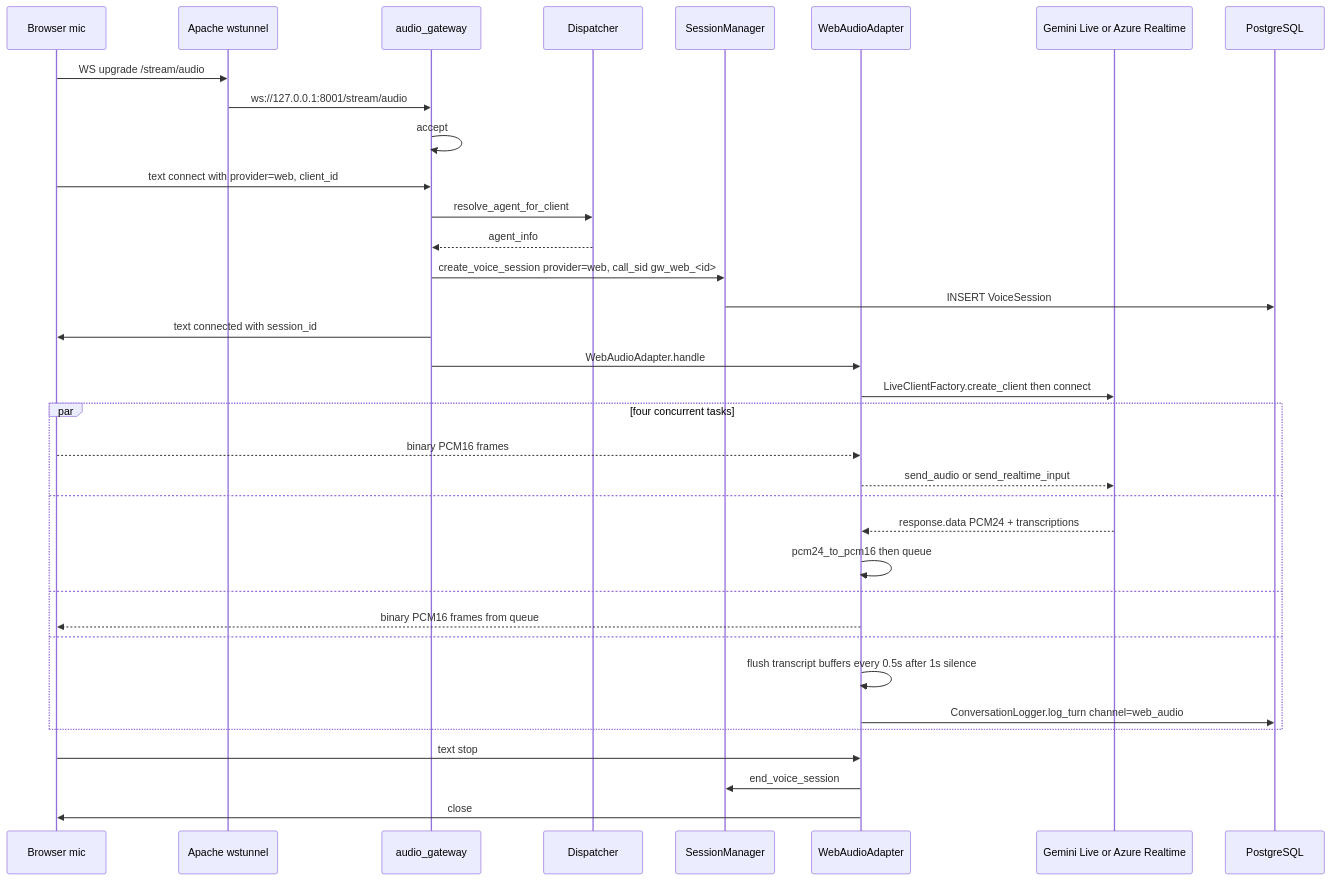
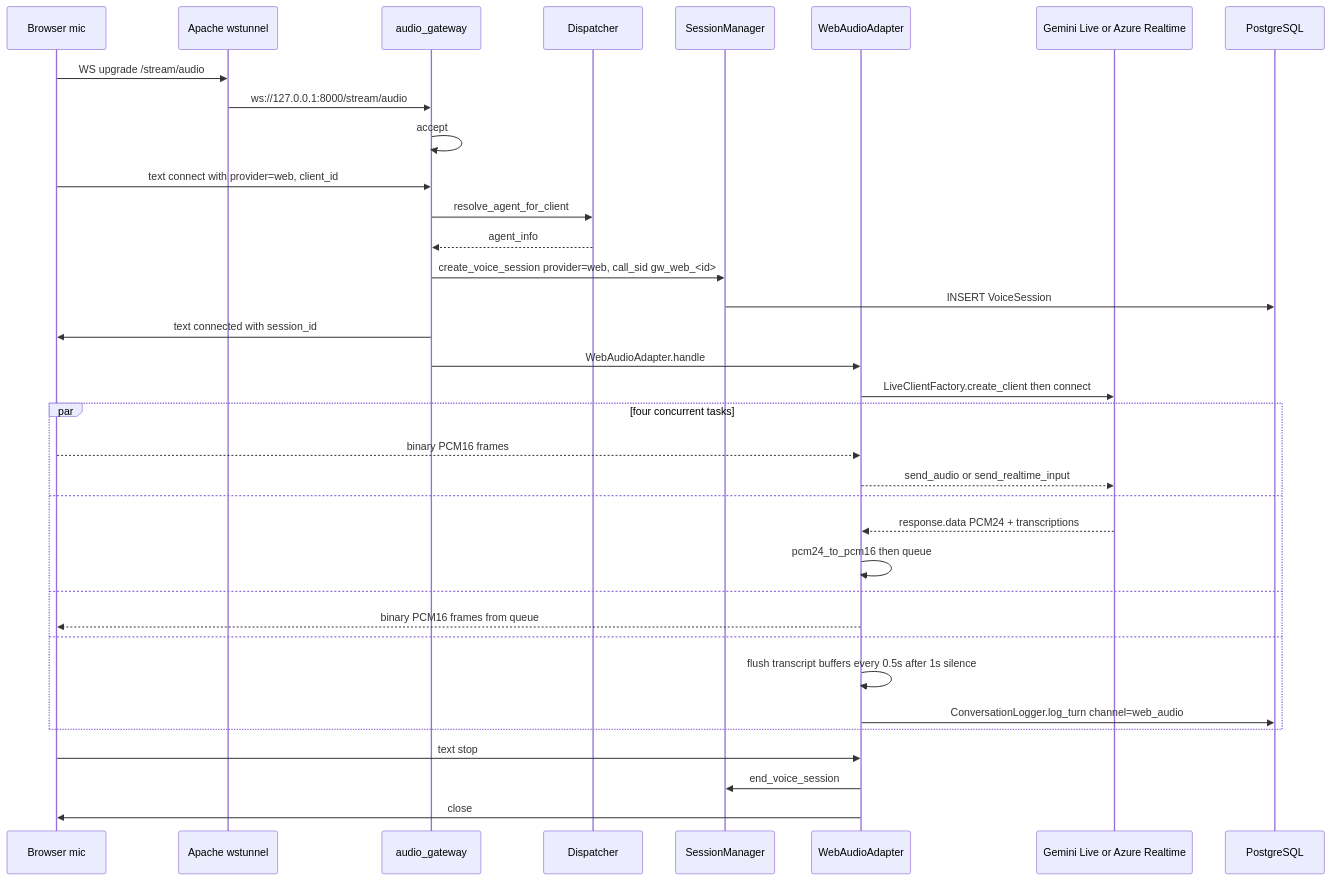
One commit to gondolerahul/hire-buddha-app changed diagram 12 of 22 in docs/current/13-gateway-and-realtime.md. Above: the diagram before and after it, drawn with Mermaid. The commit also changed other lines of this file and 61 other files, not shown here.

````diff
--- a/docs/current/13-gateway-and-realtime.md
+++ b/docs/current/13-gateway-and-realtime.md
@@ -1107,40 +839,40 @@
 ```mermaid
 sequenceDiagram
     participant BR as Browser mic
     participant AP as Apache wstunnel
     participant AG as audio_gateway
     participant D as Dispatcher
     participant SM as SessionManager
     participant WA as WebAudioAdapter
     participant AI as Gemini Live or Azure Realtime
     participant PG as PostgreSQL
 
     BR->>AP: WS upgrade /stream/audio
-    AP->>AG: ws://127.0.0.1:8001/stream/audio
+    AP->>AG: ws://127.0.0.1:8000/stream/audio
     AG->>AG: accept
     BR->>AG: text connect with provider=web, client_id
     AG->>D: resolve_agent_for_client
     D-->>AG: agent_info
     AG->>SM: create_voice_session provider=web, call_sid gw_web_<id>
     SM->>PG: INSERT VoiceSession
     AG->>BR: text connected with session_id
     AG->>WA: WebAudioAdapter.handle
 
     WA->>AI: LiveClientFactory.create_client then connect
     par four concurrent tasks
         BR-->>WA: binary PCM16 frames
         WA-->>AI: send_audio or send_realtime_input
     and
         AI-->>WA: response.data PCM24 + transcriptions
         WA->>WA: pcm24_to_pcm16 then queue
     and
         WA-->>BR: binary PCM16 frames from queue
     and
         WA->>WA: flush transcript buffers every 0.5s after 1s silence
         WA->>PG: ConversationLogger.log_turn channel=web_audio
     end
 
     BR->>WA: text stop
     WA->>SM: end_voice_session
     WA->>BR: close
 ```
````
